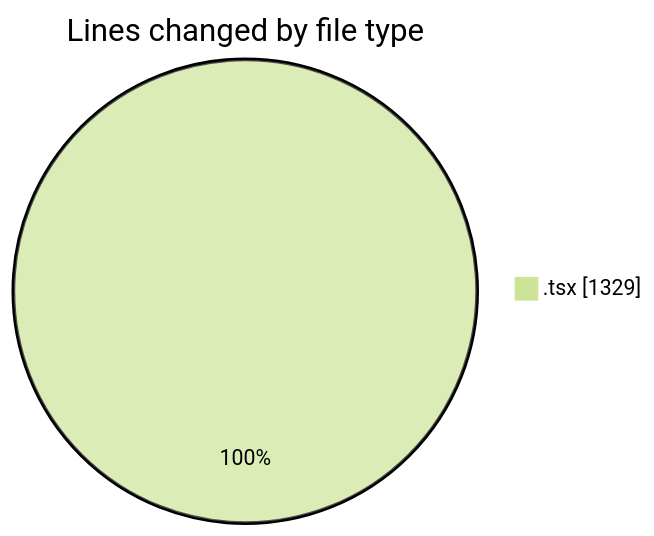
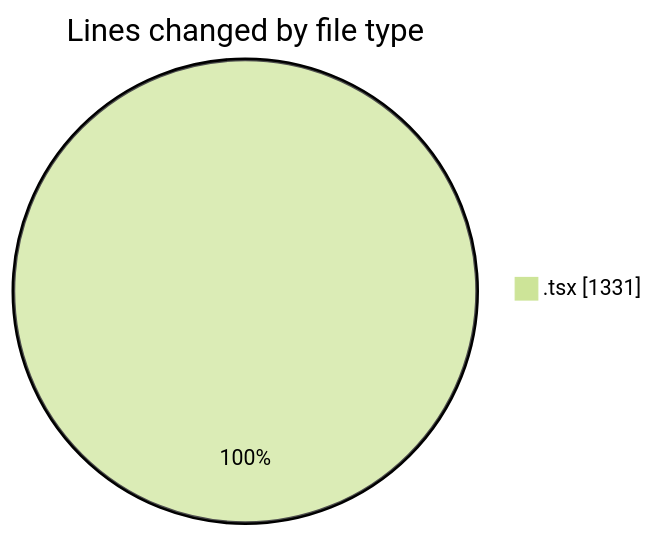
The first of 2 diagrams in 2025-05-03/niten/README.md (Elitesun/code-tracking), drawn with Mermaid (forest theme) before and after one commit. The commit also changed other lines of this file and 1 other file, not shown here.

````diff
--- a/2025-05-03/niten/README.md
+++ b/2025-05-03/niten/README.md
@@ -23,5 +23,5 @@
 ```mermaid
 pie showData
 title Lines changed by file type
-".tsx" : 1329
+".tsx" : 1331
 ```
````
